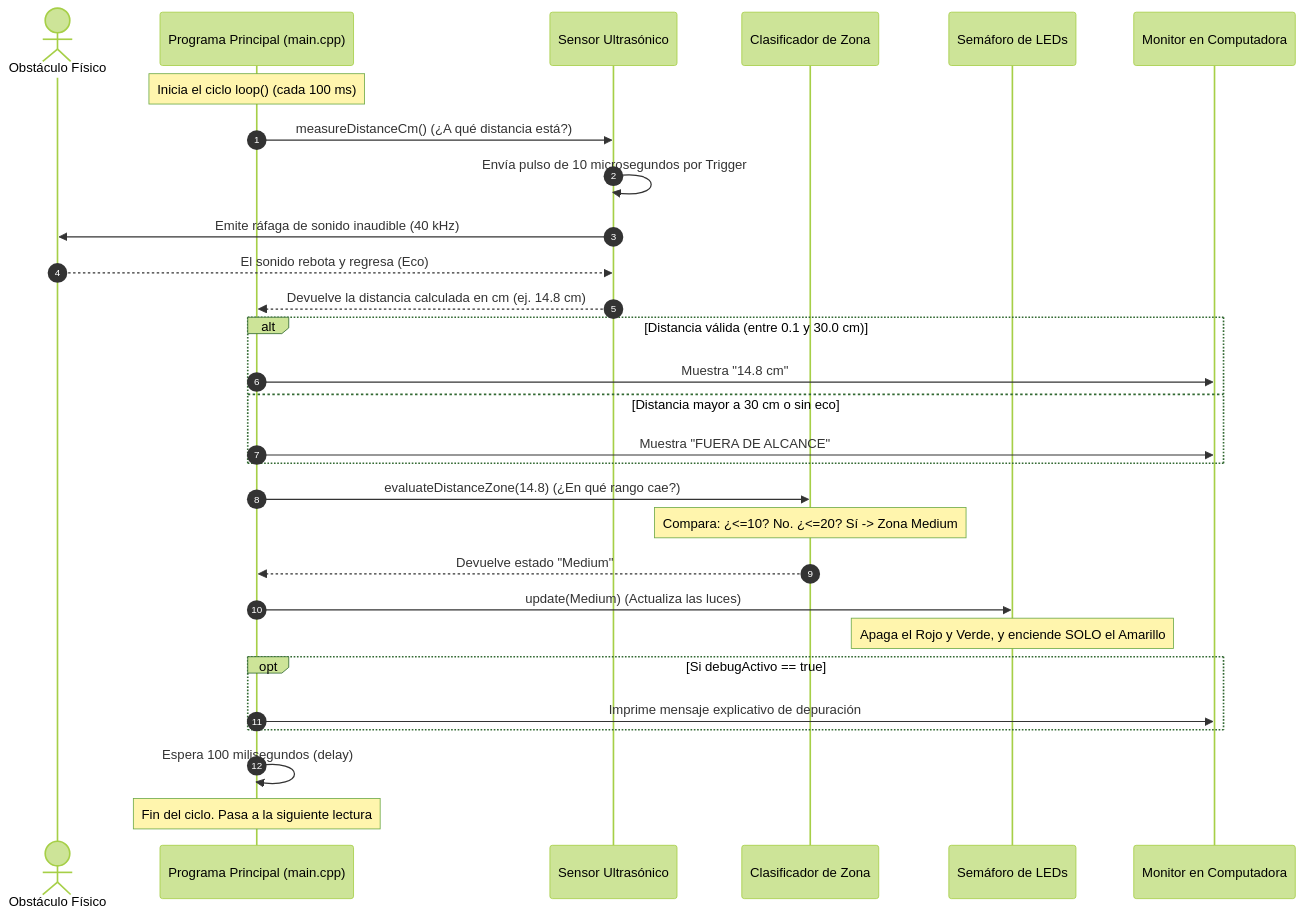
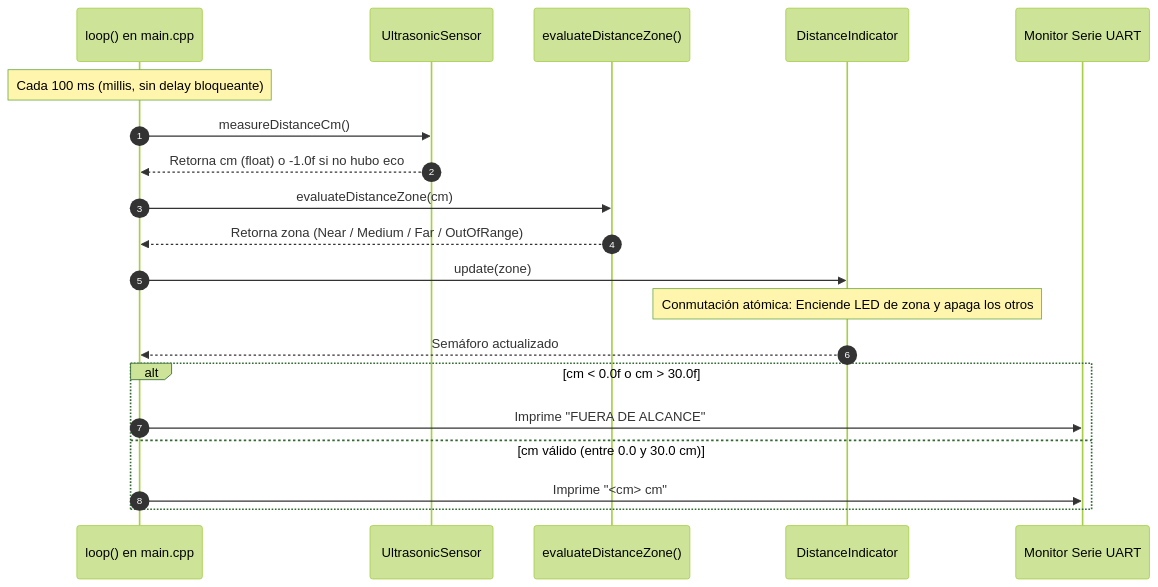
Before and after one commit to mjlozada2003/UltrasonicSensorLeds2: the fifth of 5 diagrams in INFORME_TECNICO.md, drawn with Mermaid (forest theme). The commit also changed other lines of this file and 11 other files, not shown here.

````diff
--- a/INFORME_TECNICO.md
+++ b/INFORME_TECNICO.md
@@ -230,37 +212,24 @@
 ```mermaid
 sequenceDiagram
     autonumber
-    actor Obstaculo as Obstáculo Físico
-    participant Main as Programa Principal (main.cpp)
-    participant Sensor as Sensor Ultrasónico
-    participant Zona as Clasificador de Zona
-    participant Luces as Semáforo de LEDs
-    participant Pantalla as Monitor en Computadora
+    participant L as loop() en main.cpp
+    participant S as UltrasonicSensor
+    participant C as evaluateDistanceZone()
+    participant I as DistanceIndicator
+    participant U as Monitor Serie UART
 
-    Note over Main: Inicia el ciclo loop() (cada 100 ms)
-    Main->>Sensor: measureDistanceCm() (¿A qué distancia está?)
-    Sensor->>Sensor: Envía pulso de 10 microsegundos por Trigger
-    Sensor->>Obstaculo: Emite ráfaga de sonido inaudible (40 kHz)
-    Obstaculo-->>Sensor: El sonido rebota y regresa (Eco)
-    Sensor-->>Main: Devuelve la distancia calculada en cm (ej. 14.8 cm)
-
-    alt Distancia válida (entre 0.1 y 30.0 cm)
-        Main->>Pantalla: Muestra "14.8 cm"
-    else Distancia mayor a 30 cm o sin eco
-        Main->>Pantalla: Muestra "FUERA DE ALCANCE"
+    Note over L: Cada 100 ms (millis, sin delay bloqueante)
+    L->>S: measureDistanceCm()
+    S-->>L: Retorna cm (float) o -1.0f si no hubo eco
+    L->>C: evaluateDistanceZone(cm)
+    C-->>L: Retorna zona (Near / Medium / Far / OutOfRange)
+    L->>I: update(zone)
+    Note over I: Conmutación atómica: Enciende LED de zona y apaga los otros
+    I-->>L: Semáforo actualizado
+    
+    alt cm < 0.0f o cm > 30.0f
+        L->>U: Imprime "FUERA DE ALCANCE"
+    else cm válido (entre 0.0 y 30.0 cm)
+        L->>U: Imprime "<cm> cm"
     end
-
-    Main->>Zona: evaluateDistanceZone(14.8) (¿En qué rango cae?)
-    Note over Zona: Compara: ¿<=10? No. ¿<=20? Sí -> Zona Medium
-    Zona-->>Main: Devuelve estado "Medium"
-
-    Main->>Luces: update(Medium) (Actualiza las luces)
-    Note over Luces: Apaga el Rojo y Verde, y enciende SOLO el Amarillo
-
-    opt Si debugActivo == true
-        Main->>Pantalla: Imprime mensaje explicativo de depuración
-    end
-
-    Main->>Main: Espera 100 milisegundos (delay)
-    Note over Main: Fin del ciclo. Pasa a la siguiente lectura
 ```
````
